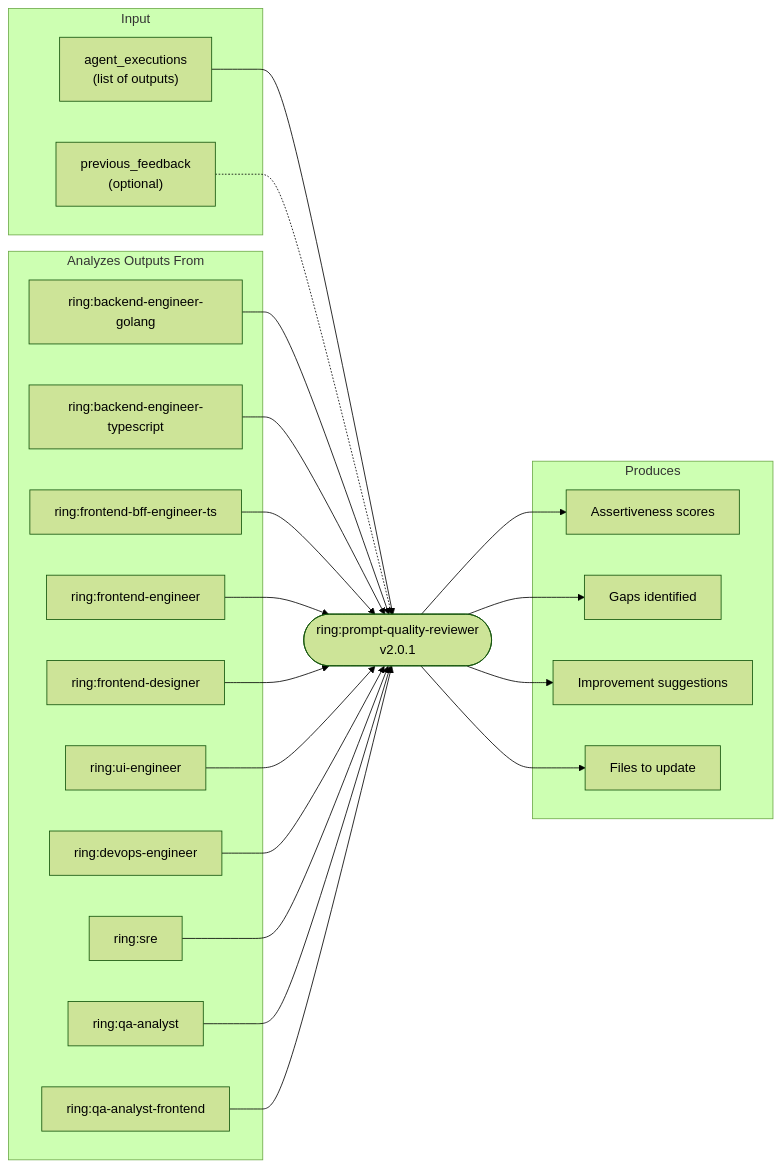
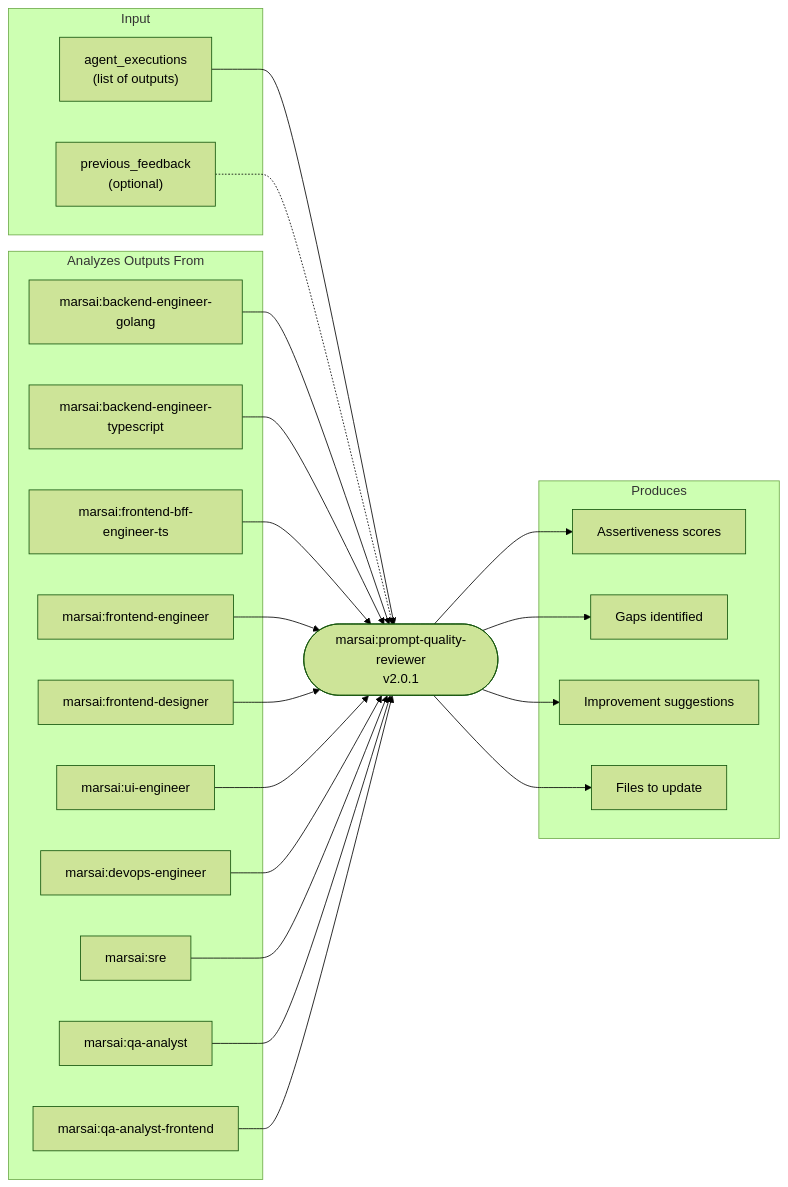
One commit to rodrigodh/ring changed diagram 12 of 21 in dev-team/docs/dependency-diagrams.md. Above: the diagram before and after it, drawn with Mermaid (forest theme). The commit also changed other lines of this file and 203 other files, not shown here.

````diff
--- a/dev-team/docs/dependency-diagrams.md
+++ b/dev-team/docs/dependency-diagrams.md
@@ -559,36 +559,36 @@
 ```mermaid
 flowchart LR
-    agent(["ring:prompt-quality-reviewer<br/>v2.0.1"])
+    agent(["marsai:prompt-quality-reviewer<br/>v2.0.1"])
 
     subgraph Analyzes["Analyzes Outputs From"]
-        goEng["ring:backend-engineer-golang"]
-        tsEng["ring:backend-engineer-typescript"]
-        bffEng["ring:frontend-bff-engineer-ts"]
-        feEng["ring:frontend-engineer"]
-        feDes["ring:frontend-designer"]
-        uiEng["ring:ui-engineer"]
-        devopsA["ring:devops-engineer"]
-        sreA["ring:sre"]
-        qaA["ring:qa-analyst"]
-        qaFE["ring:qa-analyst-frontend"]
+        goEng["marsai:backend-engineer-golang"]
+        tsEng["marsai:backend-engineer-typescript"]
+        bffEng["marsai:frontend-bff-engineer-ts"]
+        feEng["marsai:frontend-engineer"]
+        feDes["marsai:frontend-designer"]
+        uiEng["marsai:ui-engineer"]
+        devopsA["marsai:devops-engineer"]
+        sreA["marsai:sre"]
+        qaA["marsai:qa-analyst"]
+        qaFE["marsai:qa-analyst-frontend"]
     end
 
     subgraph Produces["Produces"]
         scores["Assertiveness scores"]
         gaps["Gaps identified"]
         suggestions["Improvement suggestions"]
         files["Files to update"]
     end
 
     subgraph Input["Input"]
         executions["agent_executions<br/>(list of outputs)"]
         prev["previous_feedback<br/>(optional)"]
     end
 
     executions --> agent
     prev -.-> agent
     goEng & tsEng & bffEng & feEng --> agent
     feDes & uiEng & devopsA & sreA --> agent
     qaA & qaFE --> agent
     agent --> scores & gaps & suggestions & files
 ```
````
